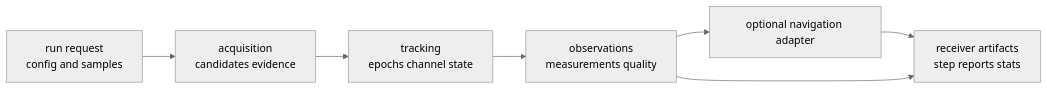
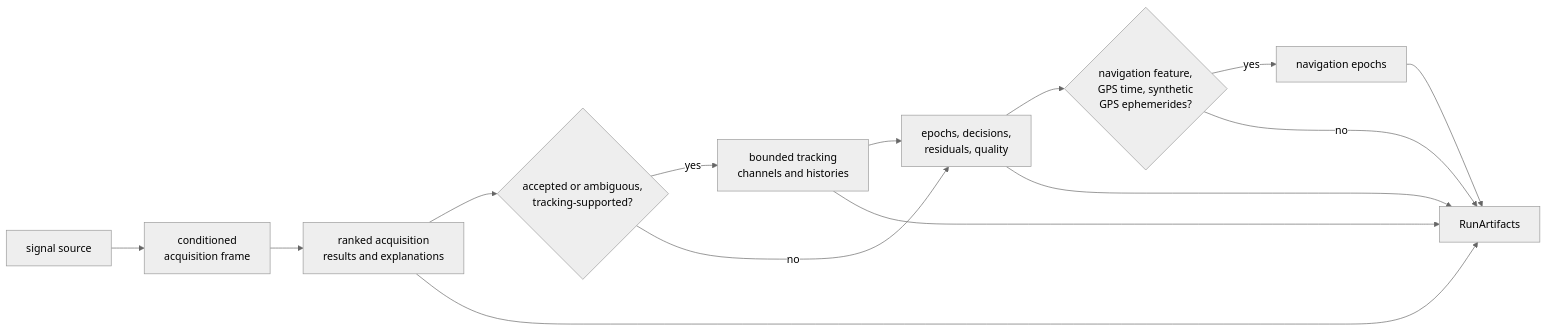
The first of 2 diagrams in docs/05-bijux-gnss-receiver/interfaces/stage-contracts.md (bijux/bijux-telecom), drawn with Mermaid (neutral theme) before and after one commit. The commit also changed other lines of this file, not shown here.

Commit message:
docs(receiver): define pipeline handoff evidence

````diff
--- a/docs/05-bijux-gnss-receiver/interfaces/stage-contracts.md
+++ b/docs/05-bijux-gnss-receiver/interfaces/stage-contracts.md
@@ -19,12 +21,21 @@
 ```mermaid
 flowchart LR
-    request["run request<br/>config and samples"]
-    acquisition["acquisition<br/>candidates evidence"]
-    tracking["tracking<br/>epochs channel state"]
-    observations["observations<br/>measurements quality"]
-    navigation["optional navigation adapter"]
-    artifacts["receiver artifacts<br/>step reports stats"]
+    source["signal source"]
+    frame["conditioned<br/>acquisition frame"]
+    acquisition["ranked acquisition<br/>results and explanations"]
+    eligible{"accepted or ambiguous,<br/>tracking-supported?"}
+    tracking["bounded tracking<br/>channels and histories"]
+    observations["epochs, decisions,<br/>residuals, quality"]
+    navgate{"navigation feature,<br/>GPS time, synthetic<br/>GPS ephemerides?"}
+    navigation["navigation epochs"]
+    artifacts["RunArtifacts"]
 
-    request --> acquisition --> tracking --> observations --> navigation --> artifacts
+    source --> frame --> acquisition --> eligible
+    eligible -- yes --> tracking --> observations --> navgate
+    eligible -- no --> observations
+    navgate -- yes --> navigation --> artifacts
+    navgate -- no --> artifacts
+    acquisition --> artifacts
+    tracking --> artifacts
     observations --> artifacts
 ```
````
